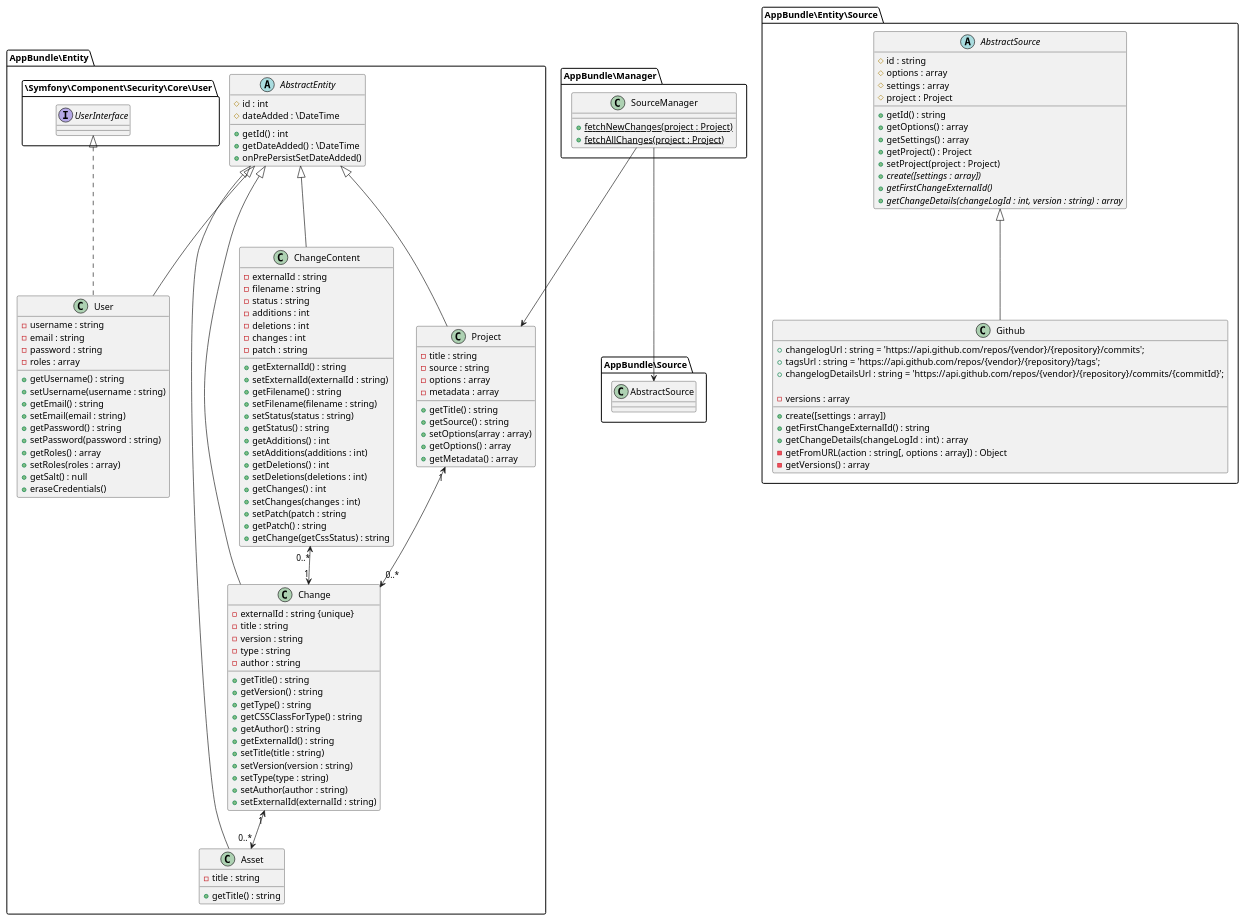
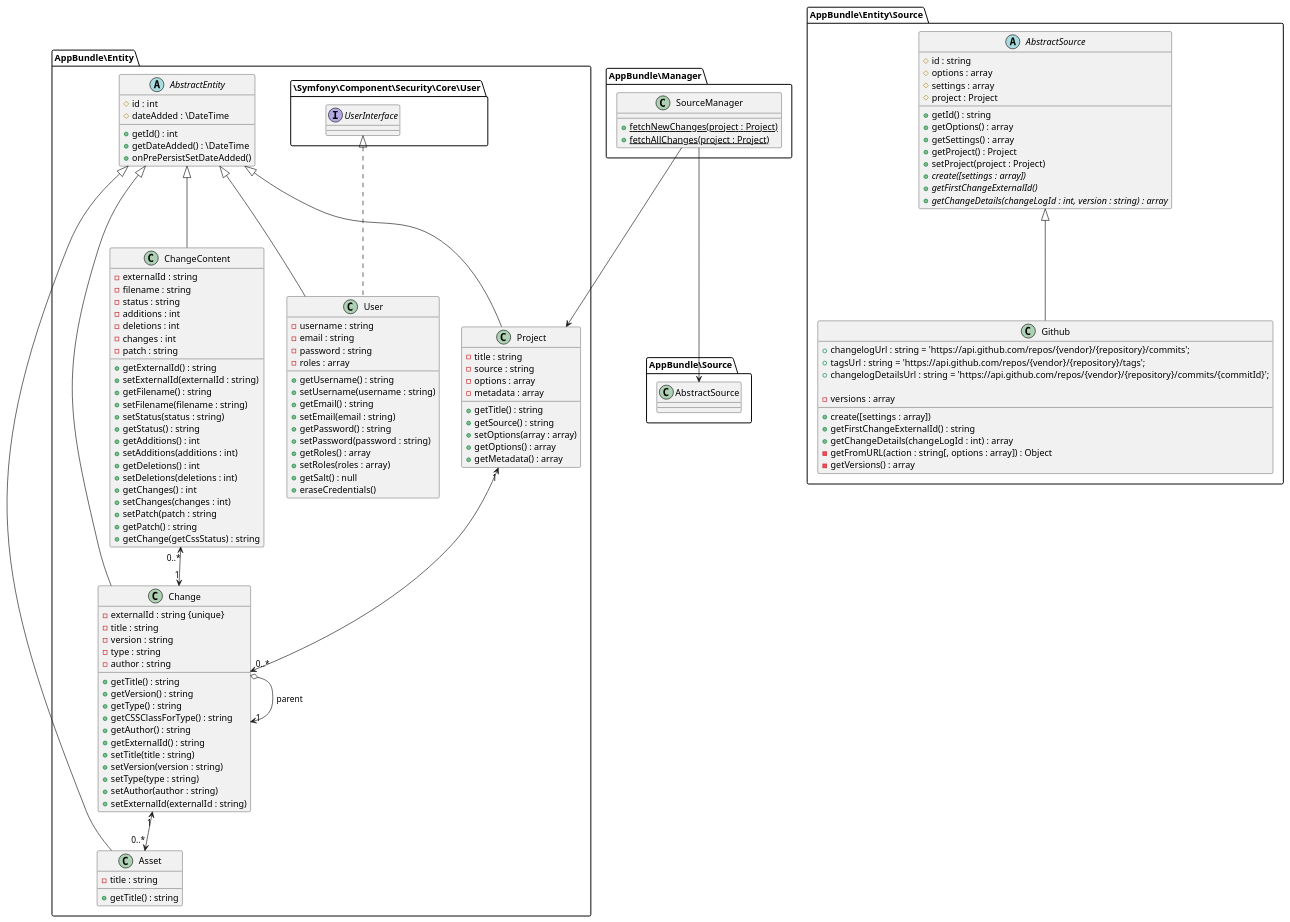
One commit to saitho/changebrowser changed the diagram in src/AppBundle/Documentation/entities.puml. Above: the diagram before and after it, drawn with PlantUML. The commit also changed 2 other files, not shown here.

Commit message:
Task: Adds parent to Change

```diff
--- a/src/AppBundle/Documentation/entities.puml
+++ b/src/AppBundle/Documentation/entities.puml
@@ -1,132 +1,133 @@
 @startuml
 
 AppBundle\Manager.SourceManager --> AppBundle\Entity.Project
 AppBundle\Manager.SourceManager --> AppBundle\Source.AbstractSource
 
 namespace AppBundle\Manager {
     class SourceManager {
         + {static} fetchNewChanges(project : Project)
         + {static} fetchAllChanges(project : Project)
     }
 }
 
 namespace AppBundle\Entity\Source {
     abstract class AbstractSource {
         # id : string
         # options : array
         # settings : array
         # project : Project
         + getId() : string
         + getOptions() : array
         + getSettings() : array
         + getProject() : Project
         + setProject(project : Project)
         {abstract} + create([settings : array])
         {abstract} + getFirstChangeExternalId()
         {abstract} + getChangeDetails(changeLogId : int, version : string) : array
     }
     class Github extends AbstractSource {
         + changelogUrl : string = 'https://api.github.com/repos/{vendor}/{repository}/commits';
 	    + tagsUrl : string = 'https://api.github.com/repos/{vendor}/{repository}/tags';
 	    + changelogDetailsUrl : string = 'https://api.github.com/repos/{vendor}/{repository}/commits/{commitId}';
 
         + create([settings : array])
         + getFirstChangeExternalId() : string
         + getChangeDetails(changeLogId : int) : array
         - getFromURL(action : string[, options : array]) : Object
         - versions : array
         - getVersions() : array
     }
 }
 
 namespace AppBundle\Entity {
     abstract class AbstractEntity {
         # id : int
         # dateAdded : \DateTime
         + getId() : int
         + getDateAdded() : \DateTime
         + onPrePersistSetDateAdded()
     }
     class Asset extends AbstractEntity {
         - title : string
         + getTitle() : string
     }
     class Change extends AbstractEntity {
         - externalId : string {unique}
         - title : string
         - version : string
         - type : string
         - author : string
         + getTitle() : string
         + getVersion() : string
         + getType() : string
         + getCSSClassForType() : string
         + getAuthor() : string
         + getExternalId() : string
         + setTitle(title : string)
         + setVersion(version : string)
         + setType(type : string)
         + setAuthor(author : string)
         + setExternalId(externalId : string)
     }
+    Change o-> "1" Change : parent
     class ChangeContent extends AbstractEntity {
     	- externalId : string
     	+ getExternalId() : string
     	+ setExternalId(externalId : string)
     	- filename : string
     	+ getFilename() : string
     	+ setFilename(filename : string)
     	- status : string
     	+ setStatus(status : string)
     	+ getStatus() : string
     	- additions : int
     	+ getAdditions() : int
     	+ setAdditions(additions : int)
     	- deletions : int
     	+ getDeletions() : int
     	+ setDeletions(deletions : int)
     	- changes : int
     	+ getChanges() : int
     	+ setChanges(changes : int)
     	- patch : string
     	+ setPatch(patch : string
     	+ getPatch() : string
     	+ getChange(getCssStatus) : string
     }
 
     ChangeContent "0..*" <--> "1" Change
 
     class Project extends AbstractEntity {
         - title : string
         - source : string
         - options : array
         - metadata : array
         + getTitle() : string
         + getSource() : string
         + setOptions(array : array)
         + getOptions() : array
         + getMetadata() : array
     }
     class User extends AbstractEntity implements \Symfony\Component\Security\Core\User.UserInterface {
         - username : string
         - email : string
         - password : string
         - roles : array
         + getUsername() : string
         + setUsername(username : string)
         + getEmail() : string
         + setEmail(email : string)
         + getPassword() : string
         + setPassword(password : string)
         + getRoles() : array
         + setRoles(roles : array)
         + getSalt() : null
         + eraseCredentials()
     }
 
     Change "1" <--> "0..*" Asset
     Project "1" <--> "0..*" Change
 }
 
 
 @enduml
```
